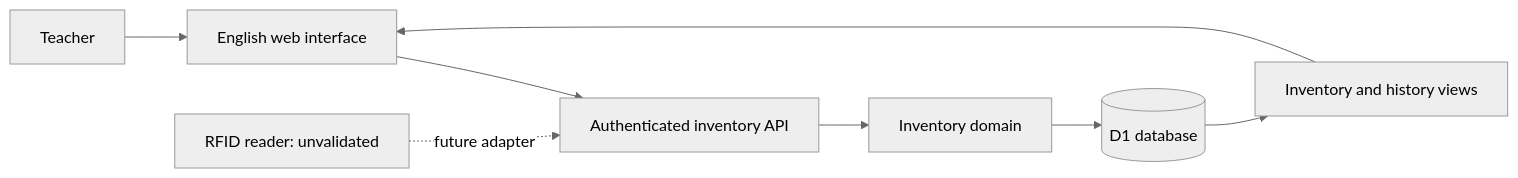
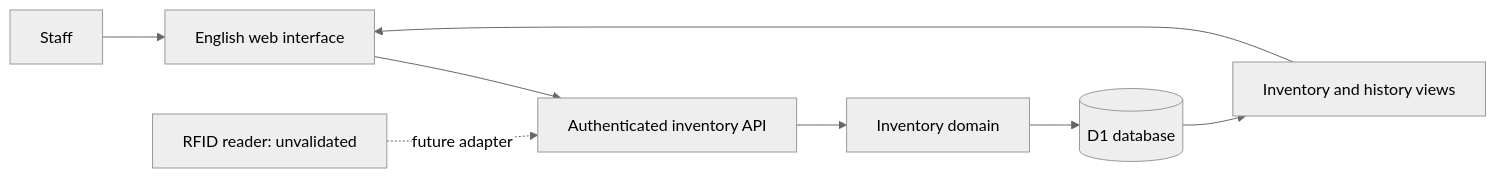
Before and after one commit to DESN-Group-F/bsc-f2a5cc56: the diagram in docs/architecture.md, drawn with Mermaid (neutral theme). The commit also changed other lines of this file and 47 other files, not shown here.

````diff
--- a/docs/architecture.md
+++ b/docs/architecture.md
@@ -7,10 +7,10 @@
 ```mermaid
 flowchart LR
-    Teacher --> UI[English web interface]
+    Staff --> UI[English web interface]
     UI --> API[Authenticated inventory API]
     API --> Store[Inventory domain]
     Store --> D1[(D1 database)]
     Reader[RFID reader: unvalidated] -. future adapter .-> API
     D1 --> Views[Inventory and history views]
     Views --> UI
 ```
````
